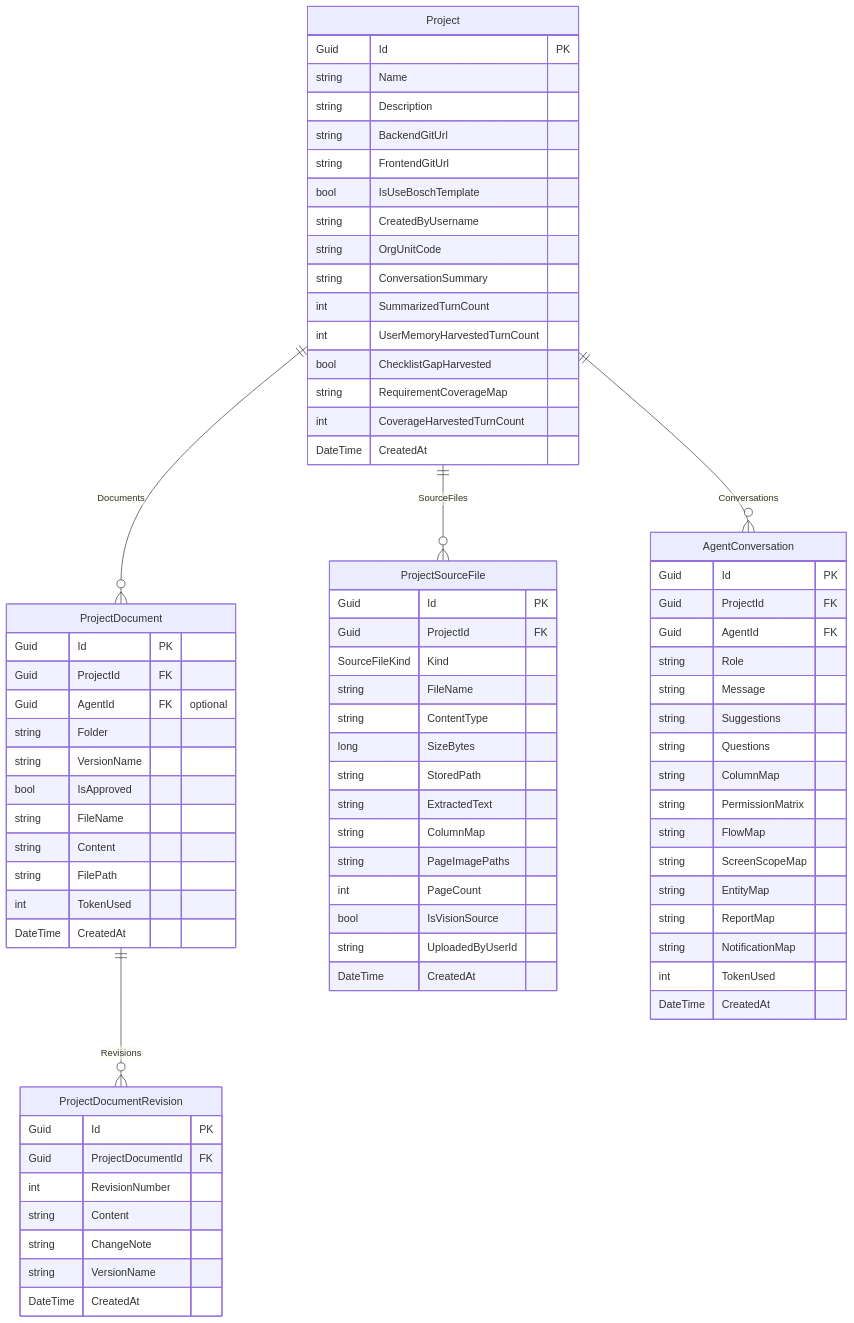
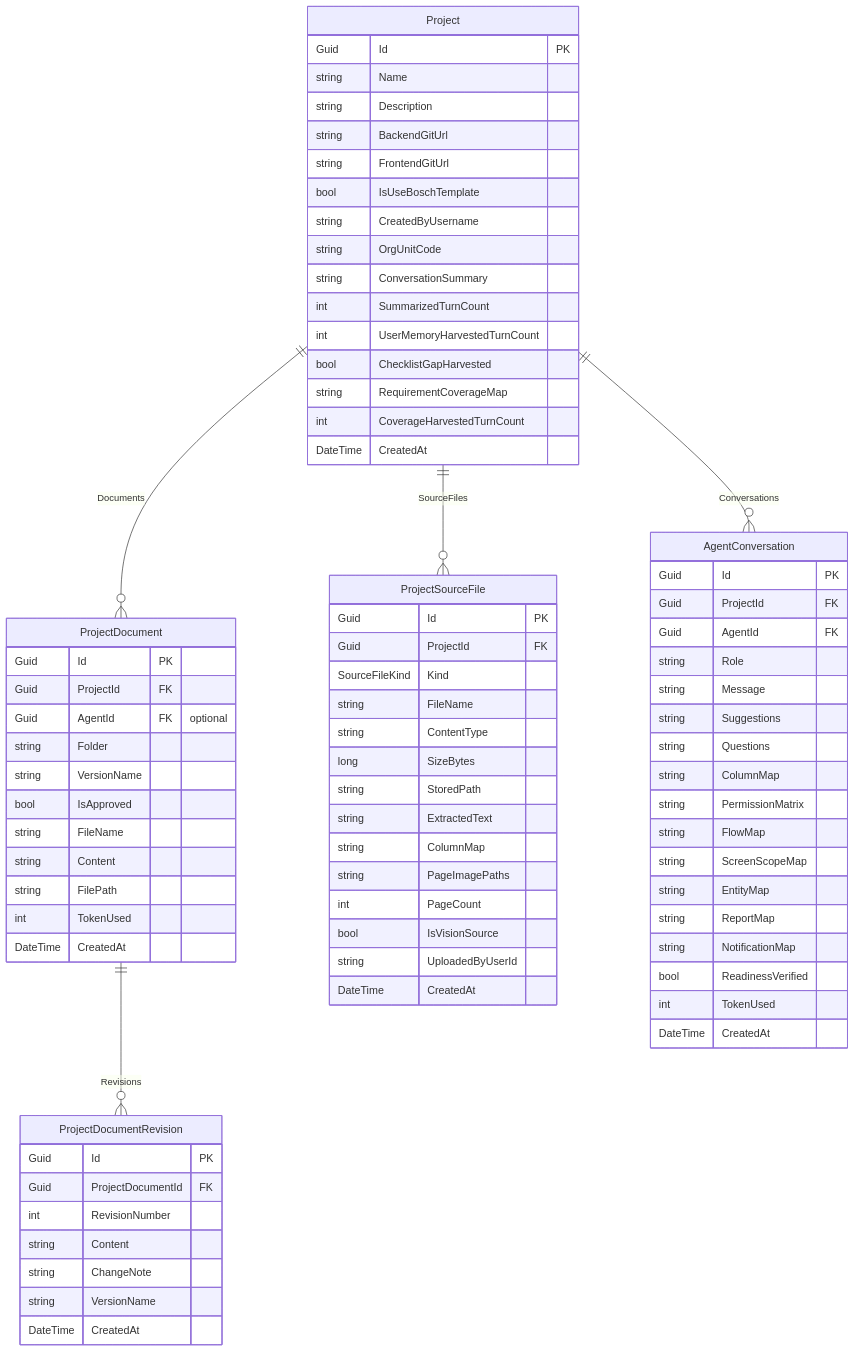
Before and after one commit to Songlong0506/ICOGenerator-v4: the second of 9 diagrams in docs/data-model.md, drawn with Mermaid. The commit also changed other lines of this file and 11 other files, not shown here.

```diff
--- a/docs/data-model.md
+++ b/docs/data-model.md
@@ -167,6 +167,7 @@
         string EntityMap
         string ReportMap
         string NotificationMap
+        bool ReadinessVerified
         int TokenUsed
         DateTime CreatedAt
     }
```
